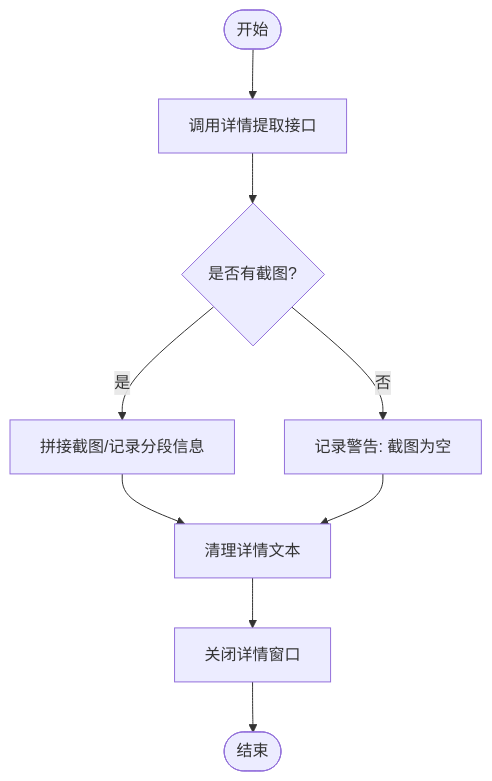
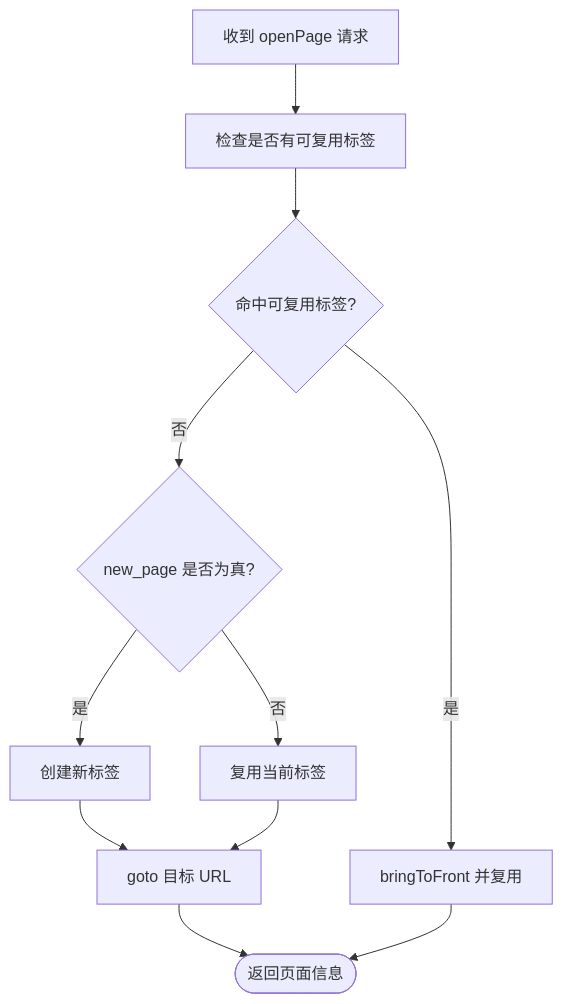
One commit to alvinwangzi/goodhr changed the fourth of 8 diagrams in .qoder/repowiki/zh/content/本地执行器/平台适配器/Boss直聘适配器/页面导航控制.md. Above: the diagram before and after it, drawn with Mermaid. The commit also changed other lines of this file and 149 other files, not shown here.

````diff
--- a/.qoder/repowiki/zh/content/本地执行器/平台适配器/Boss直聘适配器/页面导航控制.md
+++ b/.qoder/repowiki/zh/content/本地执行器/平台适配器/Boss直聘适配器/页面导航控制.md
@@ -187,11 +173,13 @@
 ```mermaid
 flowchart TD
-DStart(["开始"]) --> CallDetail["调用详情提取接口"]
-CallDetail --> HasScreenshot{"是否有截图?"}
-HasScreenshot --> |是| Stitch["拼接截图/记录分段信息"]
-HasScreenshot --> |否| Warn["记录警告: 截图为空"]
-Stitch --> CleanText["清理详情文本"]
-Warn --> CleanText
-CleanText --> CloseDetail["关闭详情窗口"]
-CloseDetail --> DEnd(["结束"])
+A["收到 openPage 请求"] --> CheckReuse["检查是否有可复用标签"]
+CheckReuse --> Reusable{"命中可复用标签?"}
+Reusable --> |是| BringFront["bringToFront 并复用"]
+Reusable --> |否| NewOrCurrent{"new_page 是否为真?"}
+NewOrCurrent --> |是| NewPage["创建新标签"]
+NewOrCurrent --> |否| UseCurrent["复用当前标签"]
+NewPage --> Navigate["goto 目标 URL"]
+UseCurrent --> Navigate
+Navigate --> Done(["返回页面信息"])
+BringFront --> Done
 ```
````
